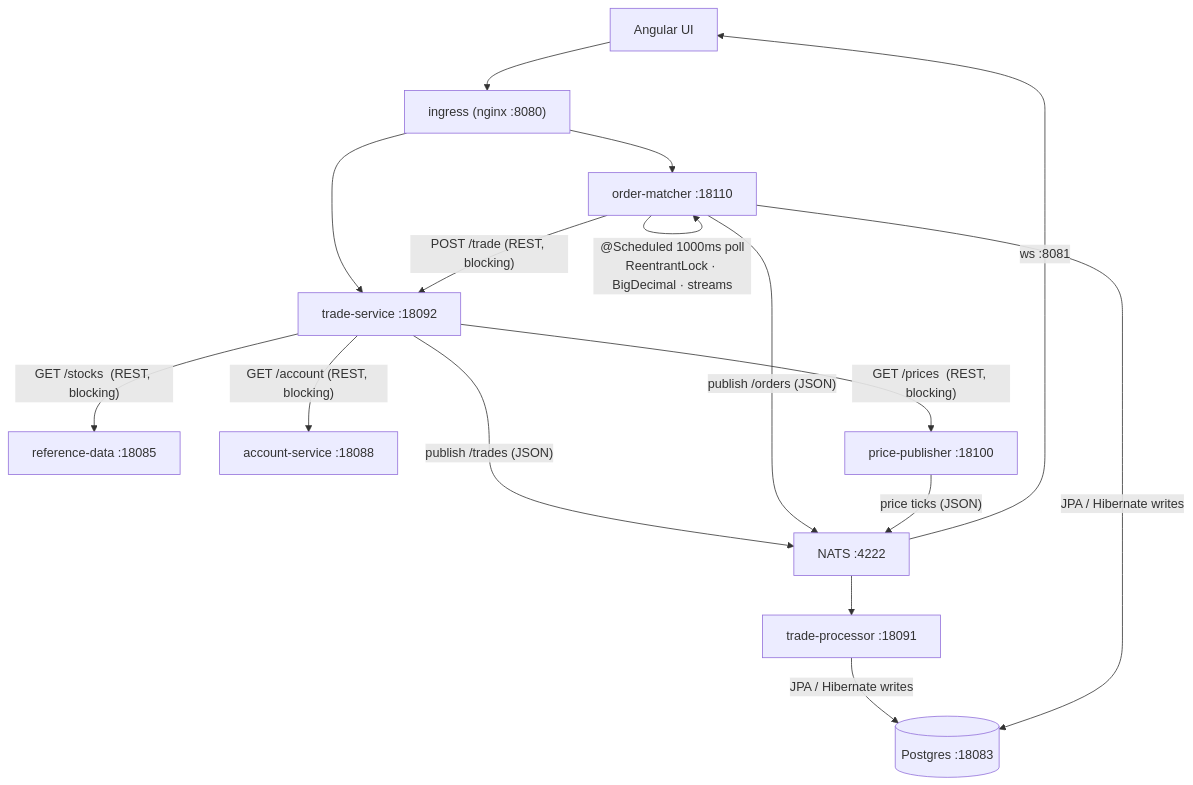
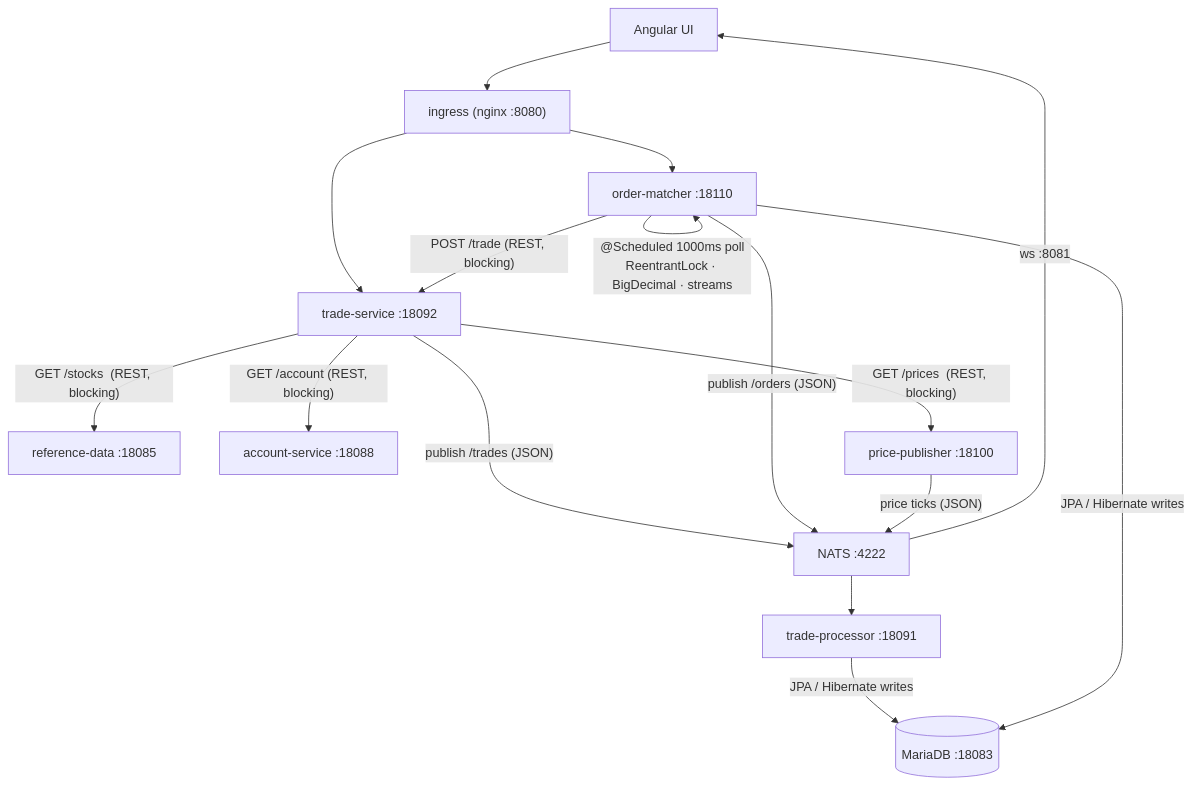
One commit to YU-CS-Summer-2026-Distributed-TraderX/traderX changed the second of 8 diagrams in LMAX-SEQUENCER-ARCHITECTURE.md. Above: the diagram before and after it, drawn with Mermaid. The commit also changed other lines of this file and 16 other files, not shown here.

````diff
--- a/LMAX-SEQUENCER-ARCHITECTURE.md
+++ b/LMAX-SEQUENCER-ARCHITECTURE.md
@@ -108,19 +108,19 @@
 ```mermaid
 flowchart TD
   UI["Angular UI"] --> ING["ingress (nginx :8080)"]
   ING --> TS["trade-service :18092"]
   TS -->|"GET /stocks  (REST, blocking)"| RD["reference-data :18085"]
   TS -->|"GET /account (REST, blocking)"| AS["account-service :18088"]
   TS -->|"GET /prices  (REST, blocking)"| PP["price-publisher :18100"]
   TS -->|"publish /trades (JSON)"| NATS["NATS :4222"]
   NATS --> TP["trade-processor :18091"]
-  TP -->|"JPA / Hibernate writes"| PG[("Postgres :18083")]
+  TP -->|"JPA / Hibernate writes"| PG[("MariaDB :18083")]
 
   ING --> OM["order-matcher :18110"]
   OM -->|"@Scheduled 1000ms poll<br/>ReentrantLock · BigDecimal · streams"| OM
   OM -->|"POST /trade (REST, blocking)"| TS
   OM -->|"JPA / Hibernate writes"| PG
   OM -->|"publish /orders (JSON)"| NATS
   PP -->|"price ticks (JSON)"| NATS
   NATS -->|"ws :8081"| UI
 ```
````
